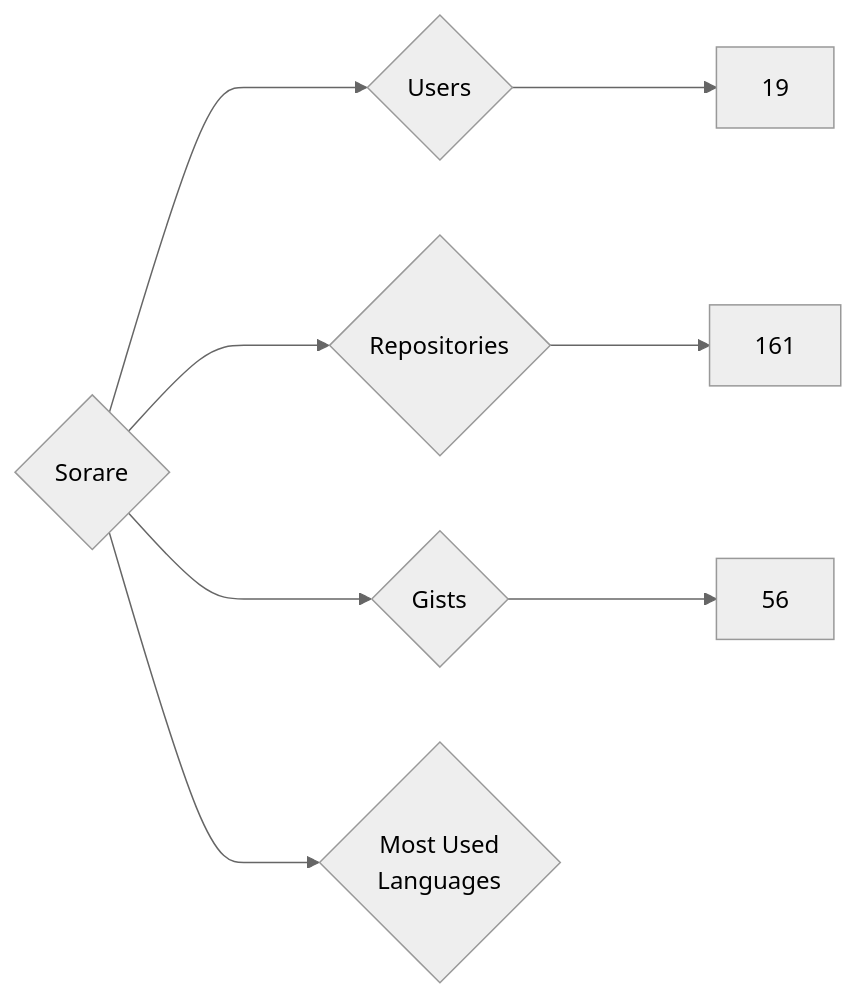
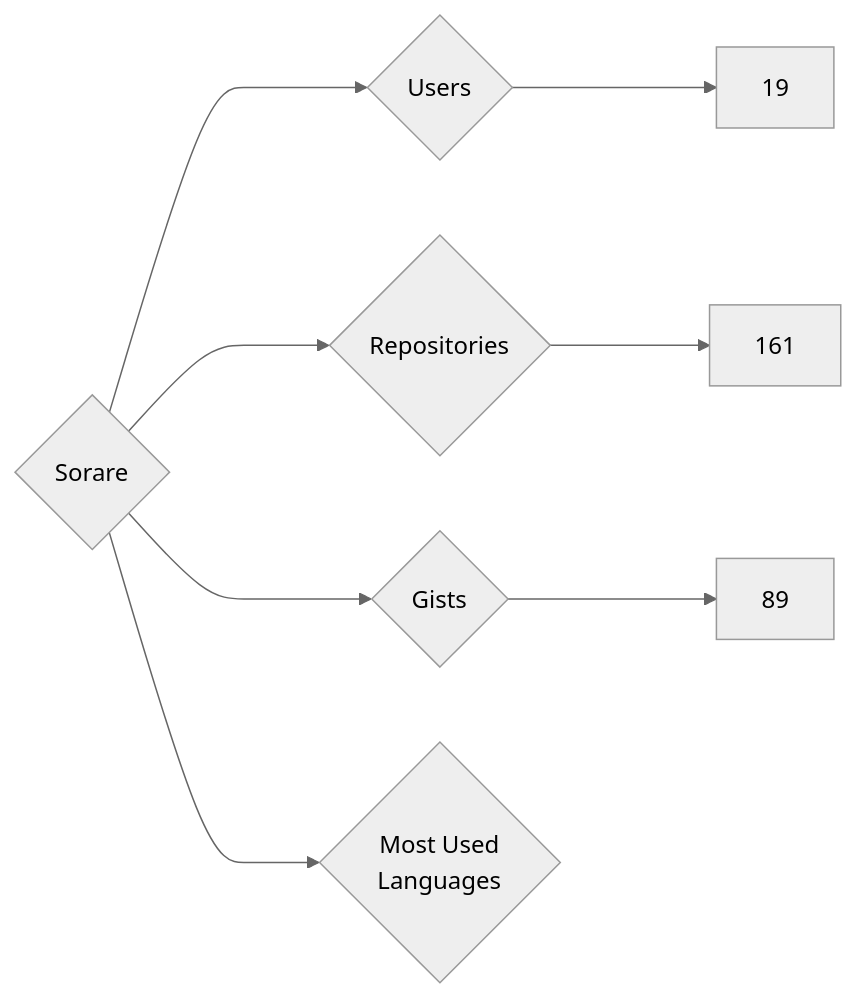
Before and after one commit to nenadzaric/insiders: the diagram in targets/Sorare/README.md, drawn with Mermaid (neutral theme). The commit also changed 1342 other files, not shown here.

````diff
--- a/targets/Sorare/README.md
+++ b/targets/Sorare/README.md
@@ -3,8 +3,8 @@
 ```mermaid
 graph LR
 COMPANY_NAME{Sorare}
 COMPANY_NAME ---> U{Users} ---> UN[19]
 COMPANY_NAME ---> R{Repositories} ---> RN[161]
-COMPANY_NAME ---> G{Gists} ---> GN[56]
+COMPANY_NAME ---> G{Gists} ---> GN[89]
 COMPANY_NAME ---> ML{Most Used<br>Languages}
 ```
````
